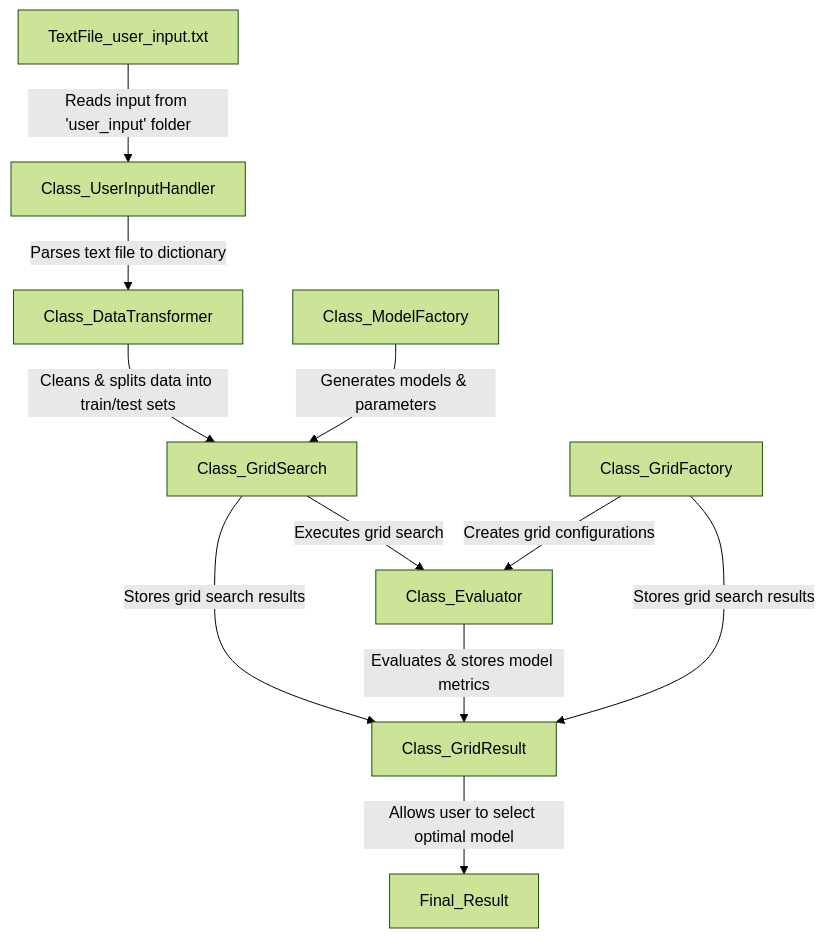
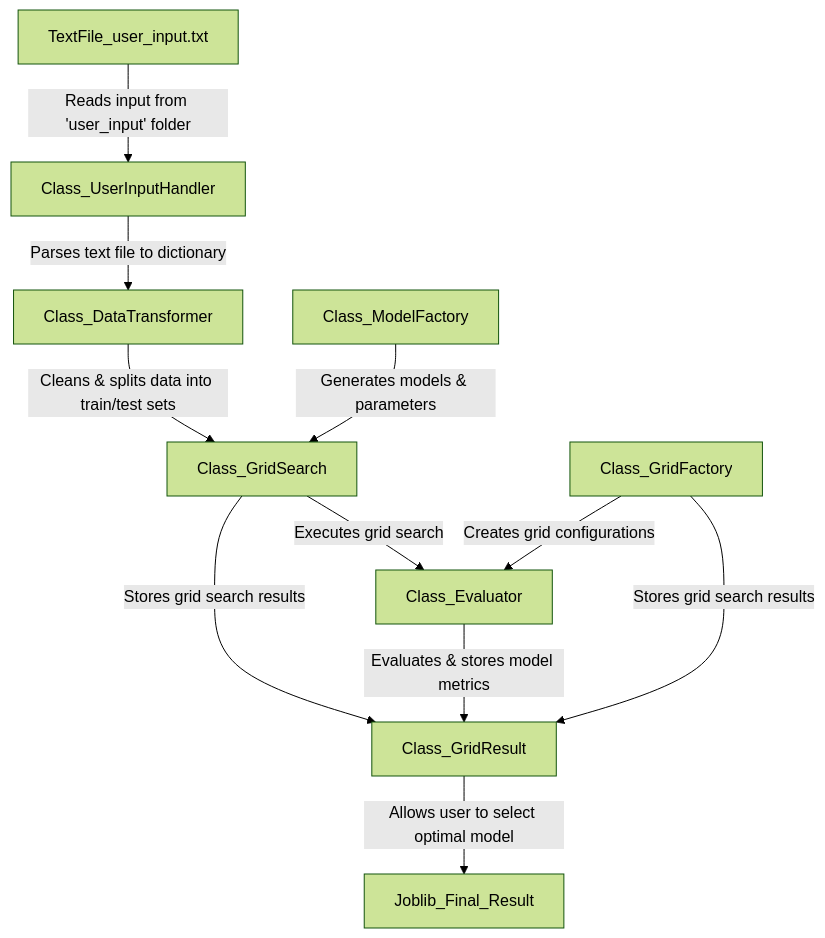
The diagram in readme.md (v1kstrand/FastML), drawn with Mermaid (forest theme) before and after one commit.

````diff
--- a/readme.md
+++ b/readme.md
@@ -84,23 +84,23 @@
 ```mermaid
 graph TD;
     %% User Input
     TextFile_user_input.txt-->|Reads input from 'user_input' folder|Class_UserInputHandler;
 
     %% Data Transformation
     Class_UserInputHandler-->|Parses text file to dictionary|Class_DataTransformer;
     Class_DataTransformer-->|Cleans & splits data into train/test sets|Class_GridSearch;
 
     %% Grid Search Execution
     Class_ModelFactory-->|Generates models & parameters|Class_GridSearch;
     Class_GridSearch-->|Executes grid search|Class_Evaluator;
     Class_GridSearch-->|Stores grid search results|Class_GridResult;  
     Class_Evaluator-->|Evaluates & stores model metrics|Class_GridResult;
 
     %% Grid Configuration
     Class_GridFactory-->|Creates grid configurations|Class_Evaluator;
     Class_GridFactory-->|Stores grid search results|Class_GridResult;
 
     %% Final Result
-    Class_GridResult-->|Allows user to select optimal model|Final_Result;
+    Class_GridResult-->|Allows user to select optimal model|Joblib_Final_Result;
 
 ```
````
